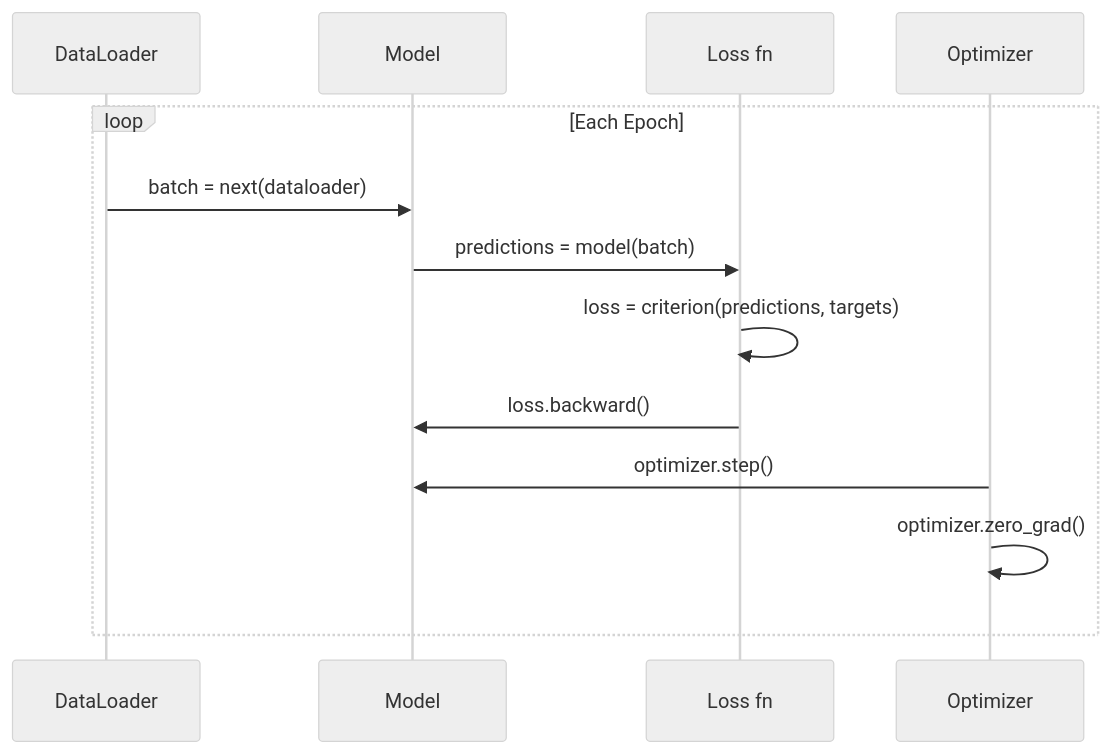
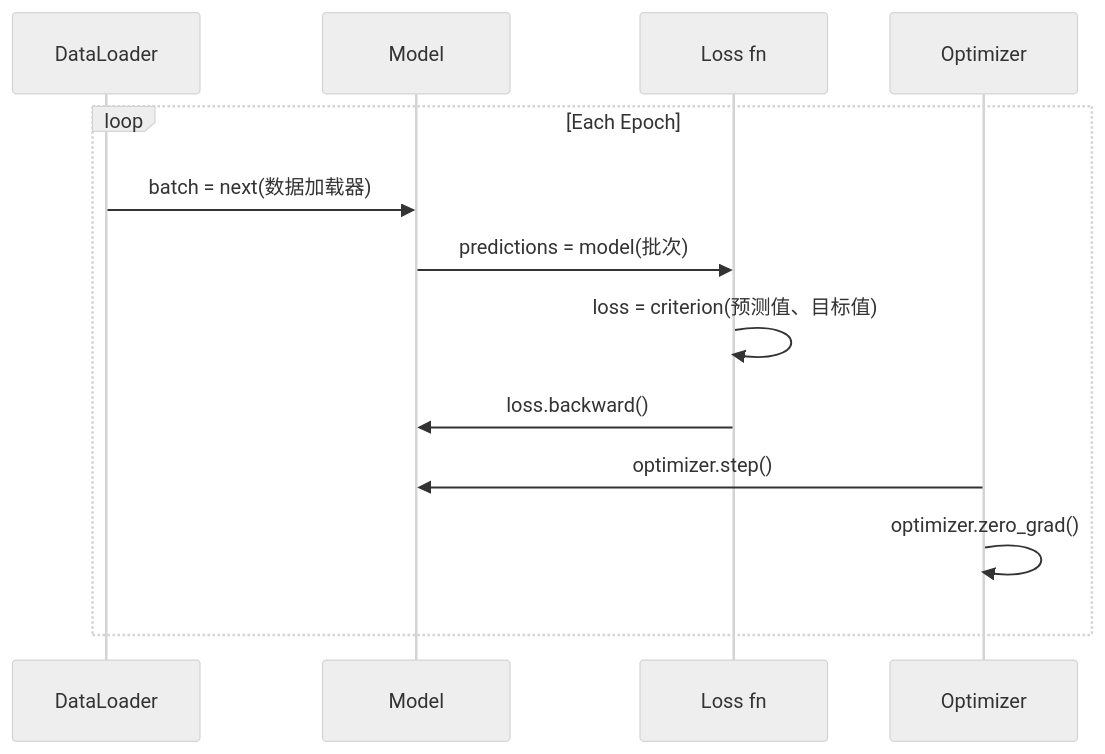
Before and after one commit to huangyue12120/Learning-Atlas: the second of 2 diagrams in content/translations/practice/03-deep-learning-core/11-intro-to-pytorch/zh.md, drawn with Mermaid (neutral theme). The commit also changed 24 other files, not shown here.

Commit message:
fix(reader): localize Mermaid in source content

````diff
--- a/content/translations/practice/03-deep-learning-core/11-intro-to-pytorch/zh.md
+++ b/content/translations/practice/03-deep-learning-core/11-intro-to-pytorch/zh.md
@@ -195,16 +195,16 @@
 ```mermaid
 sequenceDiagram
     participant D as DataLoader
     participant M as Model
     participant L as Loss fn
     participant O as Optimizer
 
     loop Each Epoch
-        D->>M: batch = next(dataloader)
-        M->>L: predictions = model(batch)
-        L->>L: loss = criterion(predictions, targets)
+        D->>M: batch = next(数据加载器)
+        M->>L: predictions = model(批次)
+        L->>L: loss = criterion(预测值、目标值)
         L->>M: loss.backward()
         O->>M: optimizer.step()
         O->>O: optimizer.zero_grad()
     end
 ```
````
